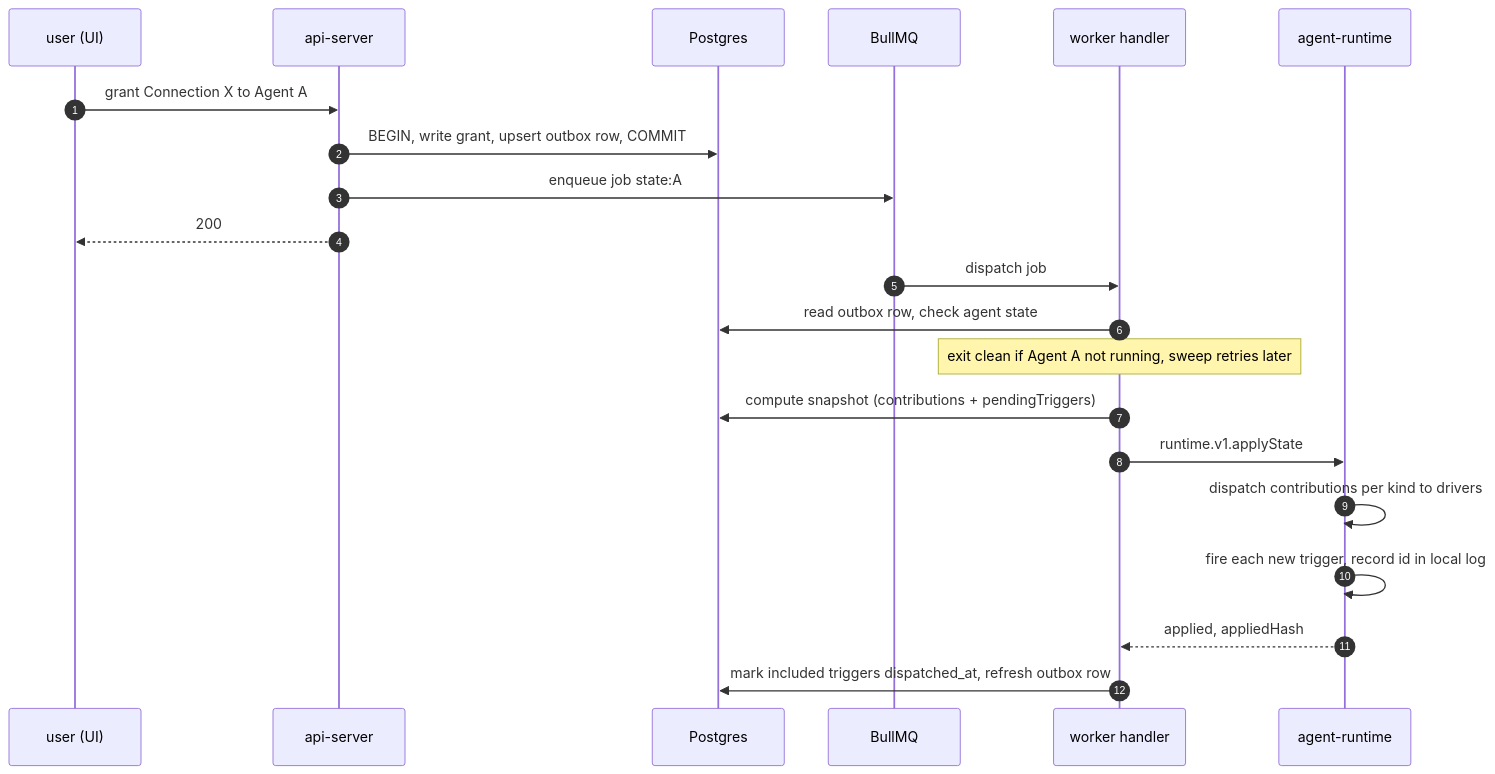
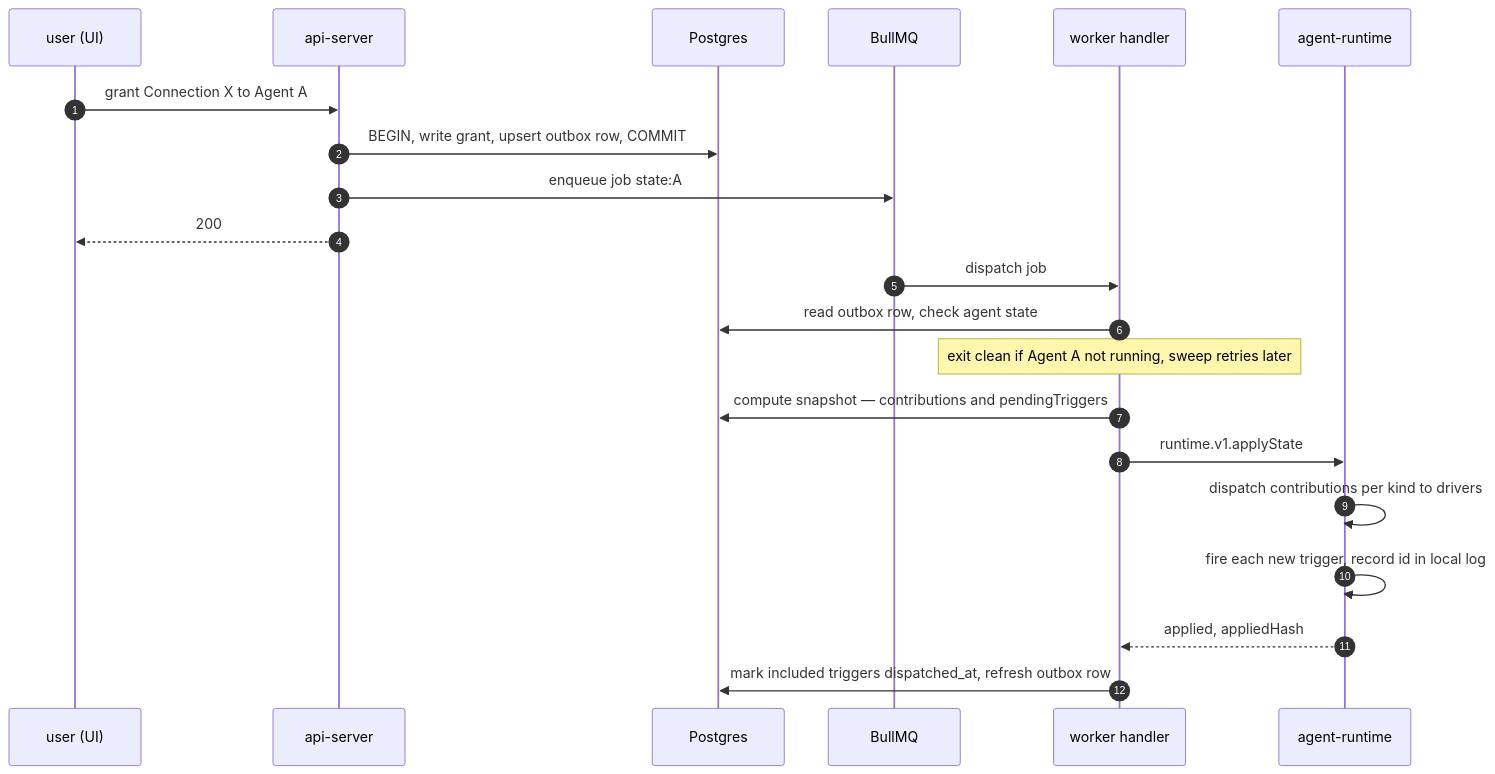
The third of 6 diagrams in docs/architecture/connections.md (dam-agents/dam), drawn with Mermaid before and after one commit. The commit also changed other lines of this file, not shown here.

Commit message:
docs: escape + in mermaid sequence messages (GitHub parse error)

````diff
--- a/docs/architecture/connections.md
+++ b/docs/architecture/connections.md
@@ -223,25 +223,25 @@
 ```mermaid
 sequenceDiagram
   autonumber
   participant USER as user (UI)
   participant AS as api-server
   participant PG as Postgres
   participant BQ as BullMQ
   participant WK as worker handler
   participant RT as agent-runtime
 
   USER->>AS: grant Connection X to Agent A
   AS->>PG: BEGIN, write grant, upsert outbox row, COMMIT
   AS->>BQ: enqueue job state:A
   AS-->>USER: 200
 
   BQ->>WK: dispatch job
   WK->>PG: read outbox row, check agent state
   Note over WK: exit clean if Agent A not running, sweep retries later
-  WK->>PG: compute snapshot (contributions + pendingTriggers)
+  WK->>PG: compute snapshot — contributions and pendingTriggers
   WK->>RT: runtime.v1.applyState
   RT->>RT: dispatch contributions per kind to drivers
   RT->>RT: fire each new trigger, record id in local log
   RT-->>WK: applied, appliedHash
   WK->>PG: mark included triggers dispatched_at, refresh outbox row
 ```
````
